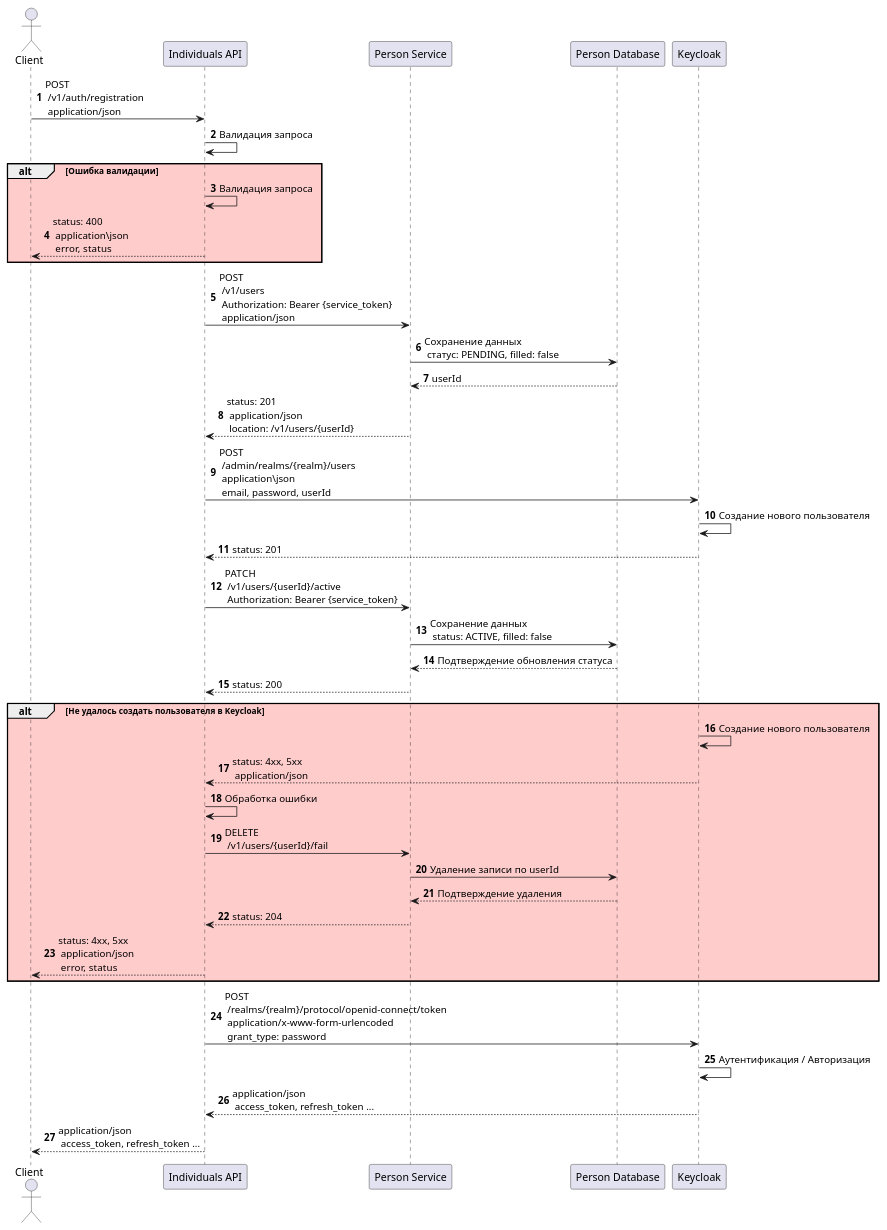
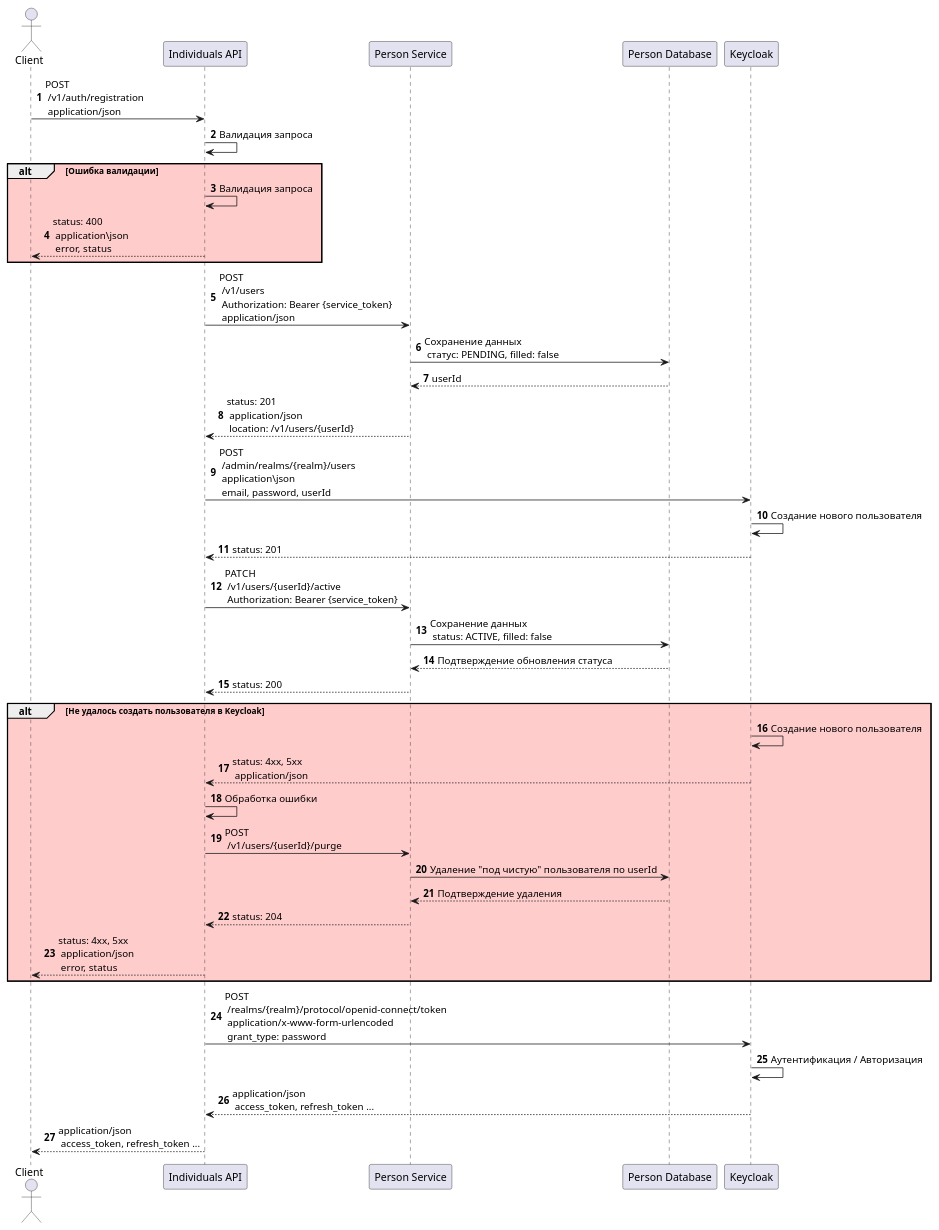
Before and after one commit to Ersted-me/payment-system: the diagram in architecture/sequence/registration.puml, drawn with PlantUML. The commit also changed 1 other file, not shown here.

Commit message:
update sequence diagrams: delete-user, registration

```diff
--- a/architecture/sequence/registration.puml
+++ b/architecture/sequence/registration.puml
@@ -1,48 +1,48 @@
 @startuml
 
 autonumber
 
 actor Client as client
 participant "Individuals API" as api
 participant "Person Service" as person
 participant "Person Database" as personDb
 participant Keycloak as keycloak
 
 
 client -> api: POST \n /v1/auth/registration \n application/json
 api -> api: Валидация запроса
 
 alt #FFCCCC Ошибка валидации
 api -> api: Валидация запроса
 api --> client: status: 400 \n application\json \n error, status
 end
 
 api -> person: POST \n /v1/users \n Authorization: Bearer {service_token} \n application/json
 person -> personDb: Сохранение данных \n статус: PENDING, filled: false
 personDb --> person: userId
 person --> api: status: 201 \n application/json \n location: /v1/users/{userId}
 api -> keycloak: POST \n /admin/realms/{realm}/users \n application\json \n email, password, userId
 keycloak -> keycloak: Создание нового пользователя
 keycloak --> api: status: 201
 api -> person: PATCH \n /v1/users/{userId}/active \n Authorization: Bearer {service_token}
 person -> personDb: Сохранение данных \n status: ACTIVE, filled: false
 personDb --> person: Подтверждение обновления статуса
 person --> api: status: 200
 
 alt #FFCCCC Не удалось создать пользователя в Keycloak
 keycloak -> keycloak: Создание нового пользователя
 keycloak --> api: status: 4xx, 5xx \n application/json
 api -> api: Обработка ошибки
-api -> person: DELETE \n /v1/users/{userId}/fail
-person -> personDb: Удаление записи по userId
+api -> person: POST \n /v1/users/{userId}/purge
+person -> personDb: Удаление "под чистую" пользователя по userId
 personDb --> person: Подтверждение удаления
 person --> api: status: 204
 api --> client: status: 4xx, 5xx \n application/json \n error, status
 end
 
 api -> keycloak: POST \n /realms/{realm}/protocol/openid-connect/token \n application/x-www-form-urlencoded \n grant_type: password
 keycloak -> keycloak: Аутентификация / Авторизация
 keycloak --> api: application/json \n access_token, refresh_token ...
 api --> client: application/json \n access_token, refresh_token ...
 
 @enduml
```
